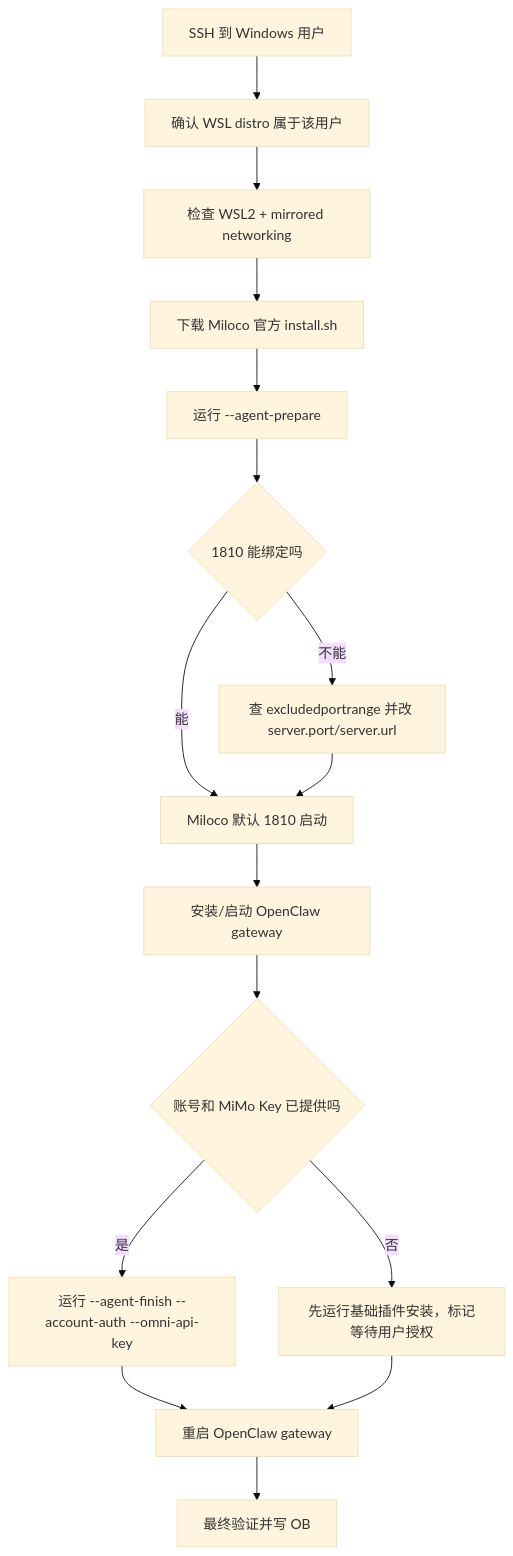
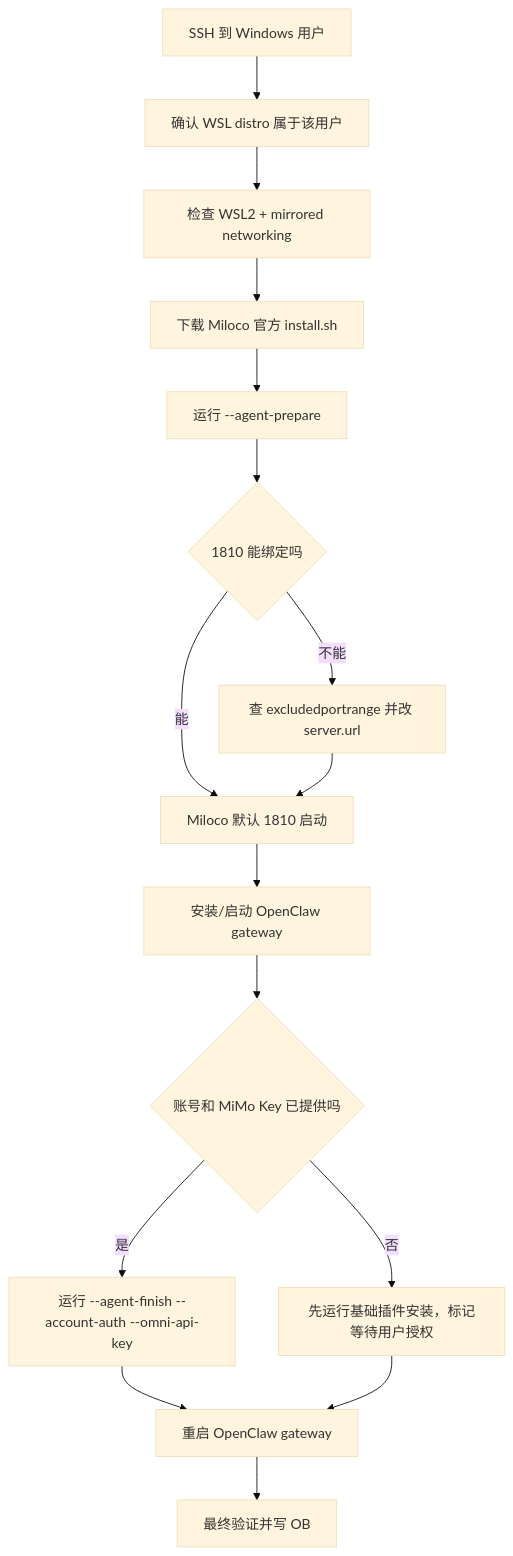
Before and after one commit to andy-JustSayWhen/xiaomi-miloco: the diagram in docs/windows/agent-install.md, drawn with Mermaid (base theme). The commit also changed 14 other files, not shown here.

````diff
--- a/docs/windows/agent-install.md
+++ b/docs/windows/agent-install.md
@@ -65,18 +65,18 @@
 ```mermaid
 flowchart TD
   A["SSH 到 Windows 用户"] --> B["确认 WSL distro 属于该用户"]
   B --> C["检查 WSL2 + mirrored networking"]
   C --> D["下载 Miloco 官方 install.sh"]
   D --> E["运行 --agent-prepare"]
   E --> F{"1810 能绑定吗"}
   F -- "能" --> G["Miloco 默认 1810 启动"]
-  F -- "不能" --> H["查 excludedportrange 并改 server.port/server.url"]
+  F -- "不能" --> H["查 excludedportrange 并改 server.url"]
   H --> G
   G --> I["安装/启动 OpenClaw gateway"]
   I --> J{"账号和 MiMo Key 已提供吗"}
   J -- "是" --> J1["运行 --agent-finish --account-auth --omni-api-key"]
   J -- "否" --> J2["先运行基础插件安装，标记等待用户授权"]
   J1 --> K["重启 OpenClaw gateway"]
   J2 --> K
   K --> L["最终验证并写 OB"]
 ```
````
